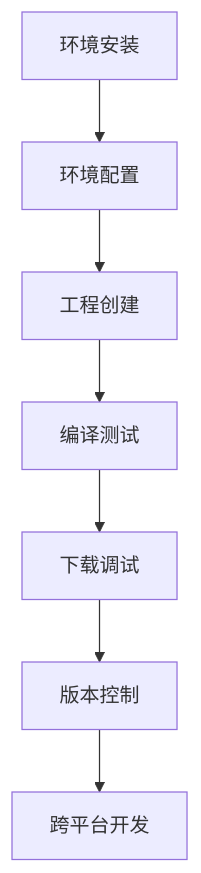
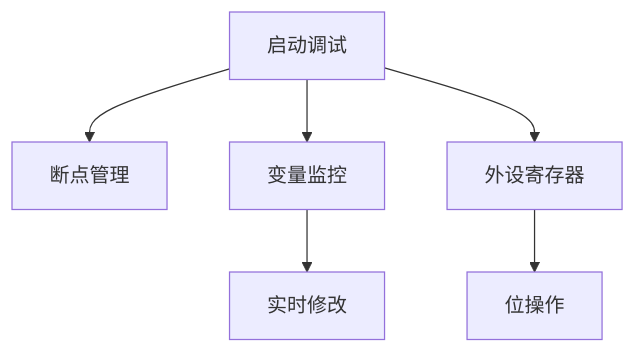
One commit to belfry2023/test02 changed the second of 3 diagrams in .doc/STM32开发指南.md. Above: the diagram before and after it, drawn with Mermaid. The commit also changed other lines of this file, not shown here.

````diff
--- a/.doc/STM32开发指南.md
+++ b/.doc/STM32开发指南.md
@@ -247,9 +262,8 @@
-```mermaid
-graph TD
-    A[环境安装] --> B[环境配置]
-    B --> C[工程创建]
-    C --> D[编译测试]
-    D --> E[下载调试]
-    E --> F[版本控制]
-    F --> G[跨平台开发]
-```
+   ```mermaid
+   graph TD
+       A[启动调试] --> B[断点管理]
+       A --> C[变量监控]
+       A --> D[外设寄存器]
+       C --> E[实时修改]
+       D --> F[位操作]
+   ```
````
